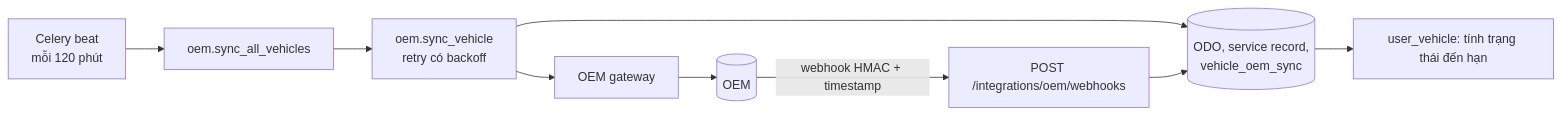
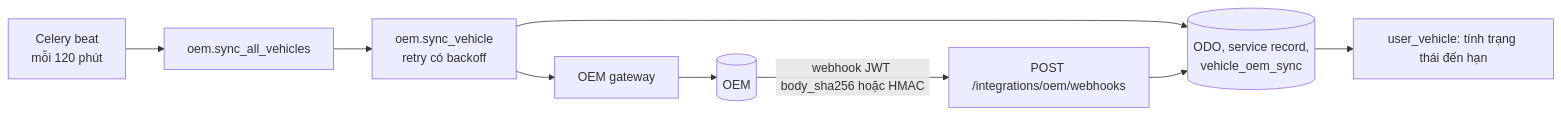
One commit to tungld9999blacksmith/mvp-40-days-deployments-team-146 changed the sixth of 11 diagrams in docs/architecture.md. Above: the diagram before and after it, drawn with Mermaid. The commit also changed other lines of this file and 76 other files, not shown here.

````diff
--- a/docs/architecture.md
+++ b/docs/architecture.md
@@ -326,10 +351,10 @@
 ```mermaid
 flowchart LR
     Beat[Celery beat<br/>mỗi 120 phút] --> T1[oem.sync_all_vehicles]
     T1 --> T2[oem.sync_vehicle<br/>retry có backoff]
     T2 --> GW[OEM gateway] --> OEM[(OEM)]
-    OEM -- webhook HMAC + timestamp --> WH[POST /integrations/oem/webhooks]
+    OEM -- webhook JWT body_sha256 hoặc HMAC --> WH[POST /integrations/oem/webhooks]
     T2 --> DB[(ODO, service record,<br/>vehicle_oem_sync)]
     WH --> DB
     DB --> Due[user_vehicle: tính trạng thái đến hạn]
 ```
````
